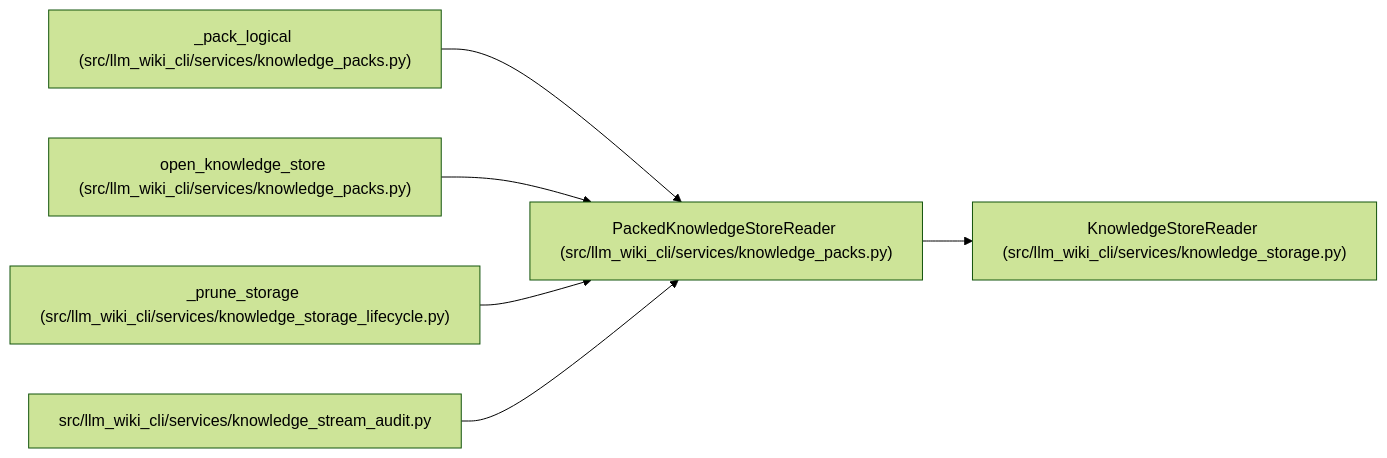
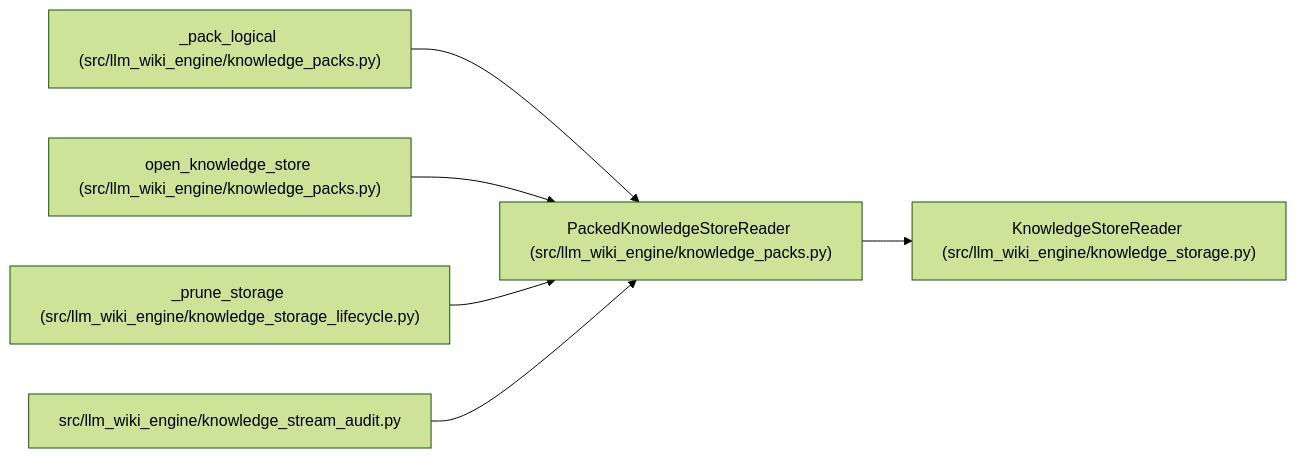
One commit to Denissvgn/python-wiki-llm changed the diagram in docs/llm_wiki/entities/PackedKnowledgeStoreReader.md. Above: the diagram before and after it, drawn with Mermaid (forest theme). The commit also changed other lines of this file and 1058 other files, not shown here.

First line of the commit message:
docs: refresh the wiki for the knowledge store move

````diff
--- a/docs/llm_wiki/entities/PackedKnowledgeStoreReader.md
+++ b/docs/llm_wiki/entities/PackedKnowledgeStoreReader.md
@@ -37,20 +37,20 @@
 ```mermaid
 flowchart LR
-    n0["PackedKnowledgeStoreReader (src/llm_wiki_cli/services/knowledge_packs.py)"]
-    n1["KnowledgeStoreReader (src/llm_wiki_cli/services/knowledge_storage.py)"]
-    n2["_pack_logical (src/llm_wiki_cli/services/knowledge_packs.py)"]
-    n3["open_knowledge_store (src/llm_wiki_cli/services/knowledge_packs.py)"]
-    n4["_prune_storage (src/llm_wiki_cli/services/knowledge_storage_lifecycle.py)"]
-    n5["src/llm_wiki_cli/services/knowledge_stream_audit.py"]
+    n0["PackedKnowledgeStoreReader (src/llm_wiki_engine/knowledge_packs.py)"]
+    n1["KnowledgeStoreReader (src/llm_wiki_engine/knowledge_storage.py)"]
+    n2["_pack_logical (src/llm_wiki_engine/knowledge_packs.py)"]
+    n3["open_knowledge_store (src/llm_wiki_engine/knowledge_packs.py)"]
+    n4["_prune_storage (src/llm_wiki_engine/knowledge_storage_lifecycle.py)"]
+    n5["src/llm_wiki_engine/knowledge_stream_audit.py"]
     n0 --> n1
     n2 --> n0
     n3 --> n0
     n4 --> n0
     n5 --> n0
     click n0 "../modules/knowledge_packs.md"
     click n1 "../modules/knowledge_storage.md"
     click n2 "../modules/knowledge_packs.md"
     click n3 "../modules/knowledge_packs.md"
     click n4 "../modules/knowledge_storage_lifecycle.md"
     click n5 "../modules/knowledge_stream_audit.md"
 ```
````
